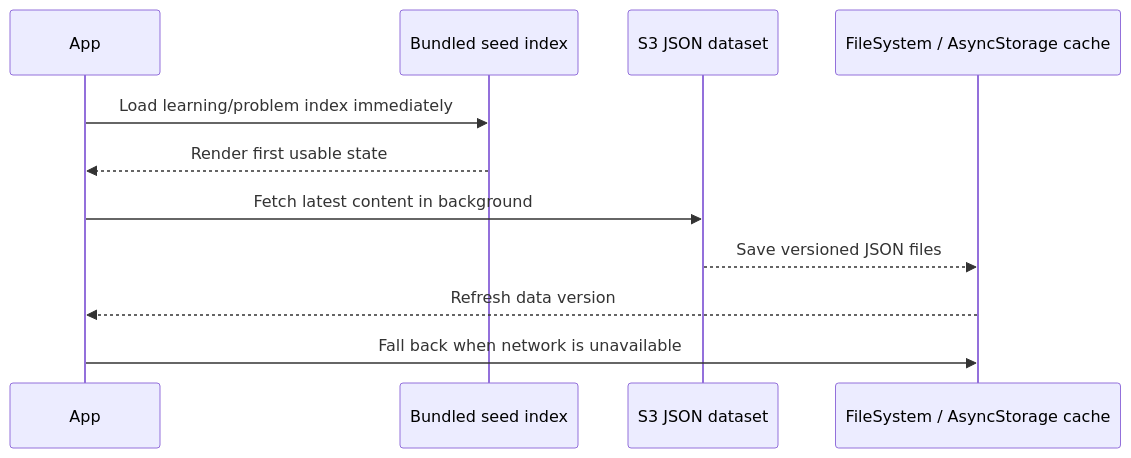
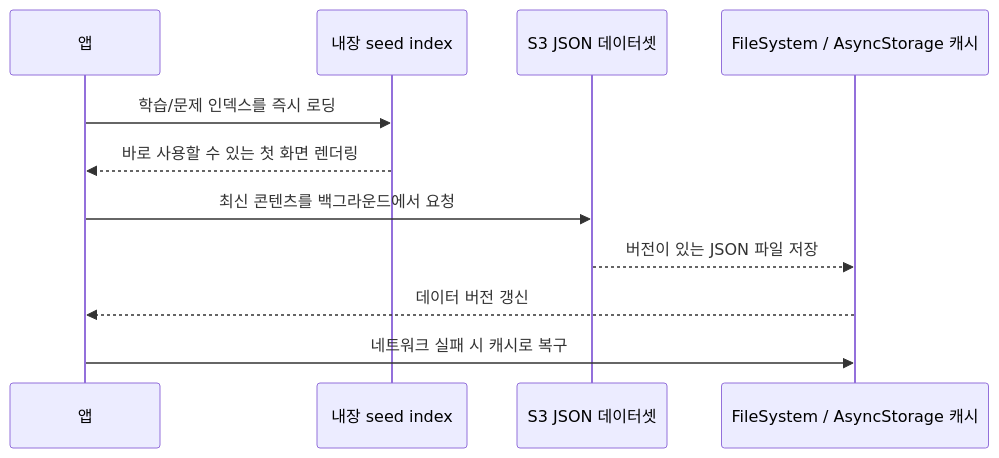
One commit to ohuiseok/BasiCS changed the second of 2 diagrams in README.md. Above: the diagram before and after it, drawn with Mermaid. The commit also changed other lines of this file, not shown here.

````diff
--- a/README.md
+++ b/README.md
@@ -58,14 +58,14 @@
 ```mermaid
 sequenceDiagram
-  participant App
-  participant Seed as Bundled seed index
-  participant Remote as S3 JSON dataset
-  participant Cache as FileSystem / AsyncStorage cache
+  participant App as 앱
+  participant Seed as 내장 seed index
+  participant Remote as S3 JSON 데이터셋
+  participant Cache as FileSystem / AsyncStorage 캐시
 
-  App->>Seed: Load learning/problem index immediately
-  Seed-->>App: Render first usable state
-  App->>Remote: Fetch latest content in background
-  Remote-->>Cache: Save versioned JSON files
-  Cache-->>App: Refresh data version
-  App->>Cache: Fall back when network is unavailable
+  App->>Seed: 학습/문제 인덱스를 즉시 로딩
+  Seed-->>App: 바로 사용할 수 있는 첫 화면 렌더링
+  App->>Remote: 최신 콘텐츠를 백그라운드에서 요청
+  Remote-->>Cache: 버전이 있는 JSON 파일 저장
+  Cache-->>App: 데이터 버전 갱신
+  App->>Cache: 네트워크 실패 시 캐시로 복구
 ```
````
